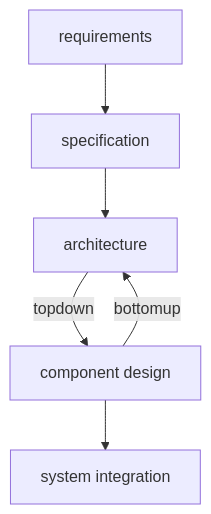
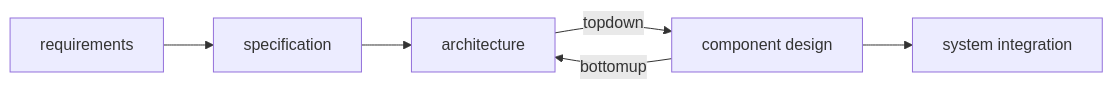
The first of 7 diagrams in _posts/2025-05-26-embeddedSys.md (Luo-Jiayi/Luo-Jiayi.github.io), drawn with Mermaid before and after one commit. The commit also changed other lines of this file and 4 other files, not shown here.

````diff
--- a/_posts/2025-05-26-embeddedSys.md
+++ b/_posts/2025-05-26-embeddedSys.md
@@ -23,13 +26,13 @@
 ```mermaid
-graph TB;
+graph LR;
 A[requirements]
 B[specification]
 C[architecture]
 D[component design]
 E[system integration]
 A-->B;
 B-->C;
 C--topdown-->D;
 D-->E;
 D--bottomup-->C;
 ```
````
